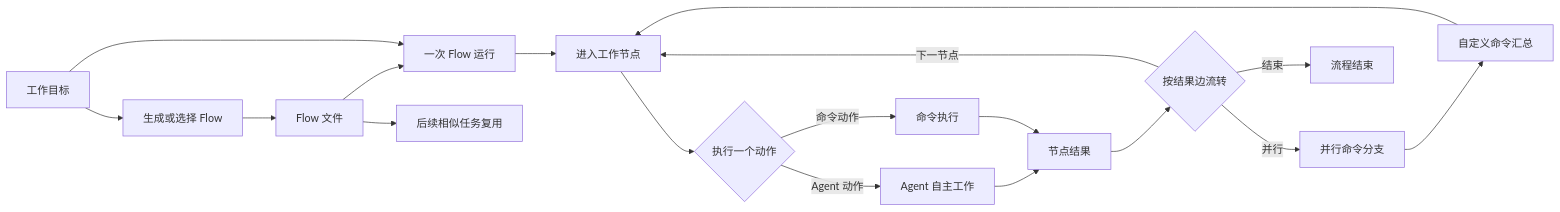
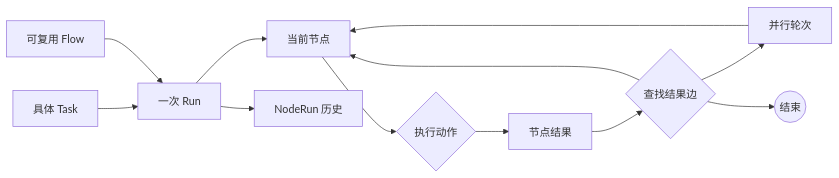
One commit to JhihJian/Agent-Flow-Runtime changed the first of 2 diagrams in docs/agent-flow-runtime-design.md. Above: the diagram before and after it, drawn with Mermaid. The commit also changed other lines of this file and 3 other files, not shown here.

Commit message:
docs: 重写 Flow Runtime 核心设计

````diff
--- a/docs/agent-flow-runtime-design.md
+++ b/docs/agent-flow-runtime-design.md
@@ -11,20 +24,14 @@
 ```mermaid
 flowchart LR
-  goal[工作目标] --> select[生成或选择 Flow]
-  select --> flow[Flow 文件]
-  flow --> run[一次 Flow 运行]
-  goal --> run
-  run --> node[进入工作节点]
-  node --> action{执行一个动作}
-  action -->|Agent 动作| agent[Agent 自主工作]
-  action -->|命令动作| command[命令执行]
-  agent --> result[节点结果]
-  command --> result
-  result --> route{按结果边流转}
-  route -->|下一节点| node
-  route -->|并行| parallel[并行命令分支]
-  parallel --> merge[自定义命令汇总]
-  merge --> node
-  route -->|结束| done[流程结束]
-  flow --> reuse[后续相似任务复用]
+  task[具体 Task] --> run[一次 Run]
+  flow[可复用 Flow] --> run
+  run --> node[当前节点]
+  node --> action{执行动作}
+  action --> outcome[节点结果]
+  outcome --> route{查找结果边}
+  route --> node
+  route --> parallel[并行轮次]
+  parallel --> node
+  route --> finish((结束))
+  run --> history[NodeRun 历史]
 ```
````
